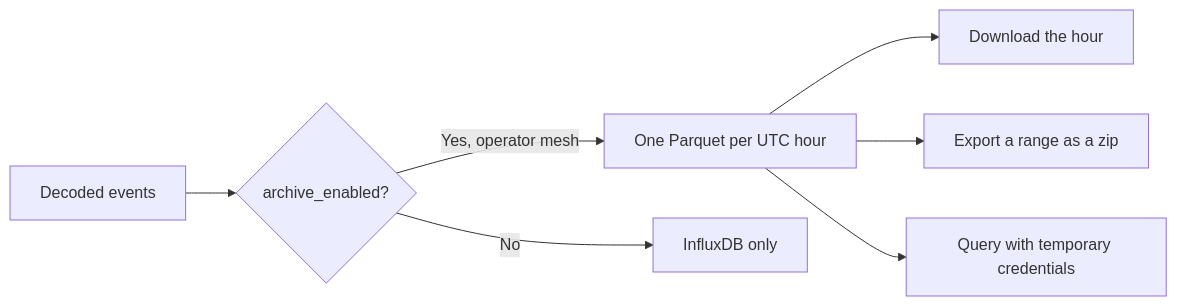
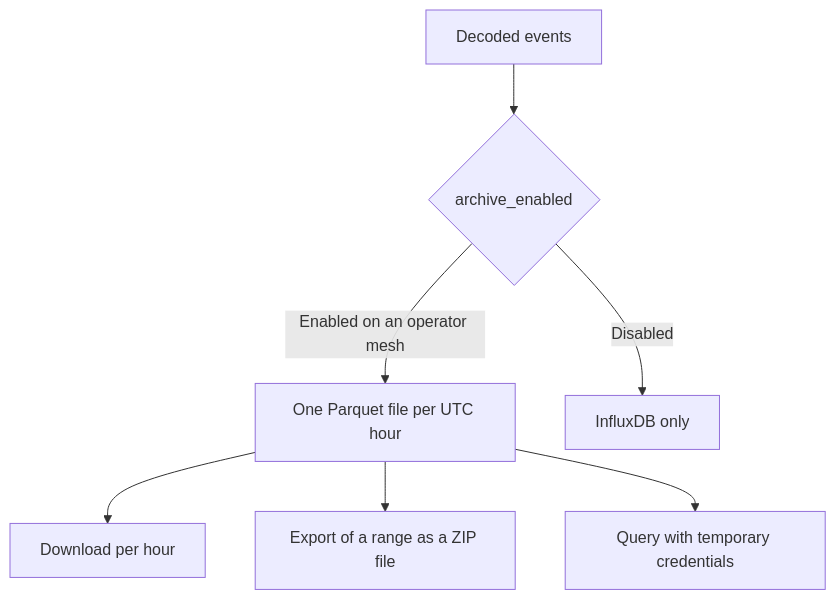
One commit to sensical-coop/mesh-things-apps changed the diagram in apps/web/content/docs/en/archive.mdx. Above: the diagram before and after it, drawn with Mermaid. The commit also changed other lines of this file and 27 other files, not shown here.

````diff
--- a/apps/web/content/docs/en/archive.mdx
+++ b/apps/web/content/docs/en/archive.mdx
@@ -10,9 +10,9 @@
 ```mermaid
-flowchart LR
-  decoded["Decoded events"] --> choice{"archive_enabled?"}
-  choice -->|Yes, operator mesh| hour["One Parquet per UTC hour"]
-  choice -->|No| influx["InfluxDB only"]
-  hour --> files["Download the hour"]
-  hour --> zip["Export a range as a zip"]
-  hour --> duck["Query with temporary credentials"]
+flowchart TD
+  decoded["Decoded events"] --> enabled{"archive_enabled"}
+  enabled -->|Enabled on an operator mesh| hourly["One Parquet file per UTC hour"]
+  enabled -->|Disabled| influx["InfluxDB only"]
+  hourly --> download["Download per hour"]
+  hourly --> export["Export of a range as a ZIP file"]
+  hourly --> query["Query with temporary credentials"]
 ```
````
